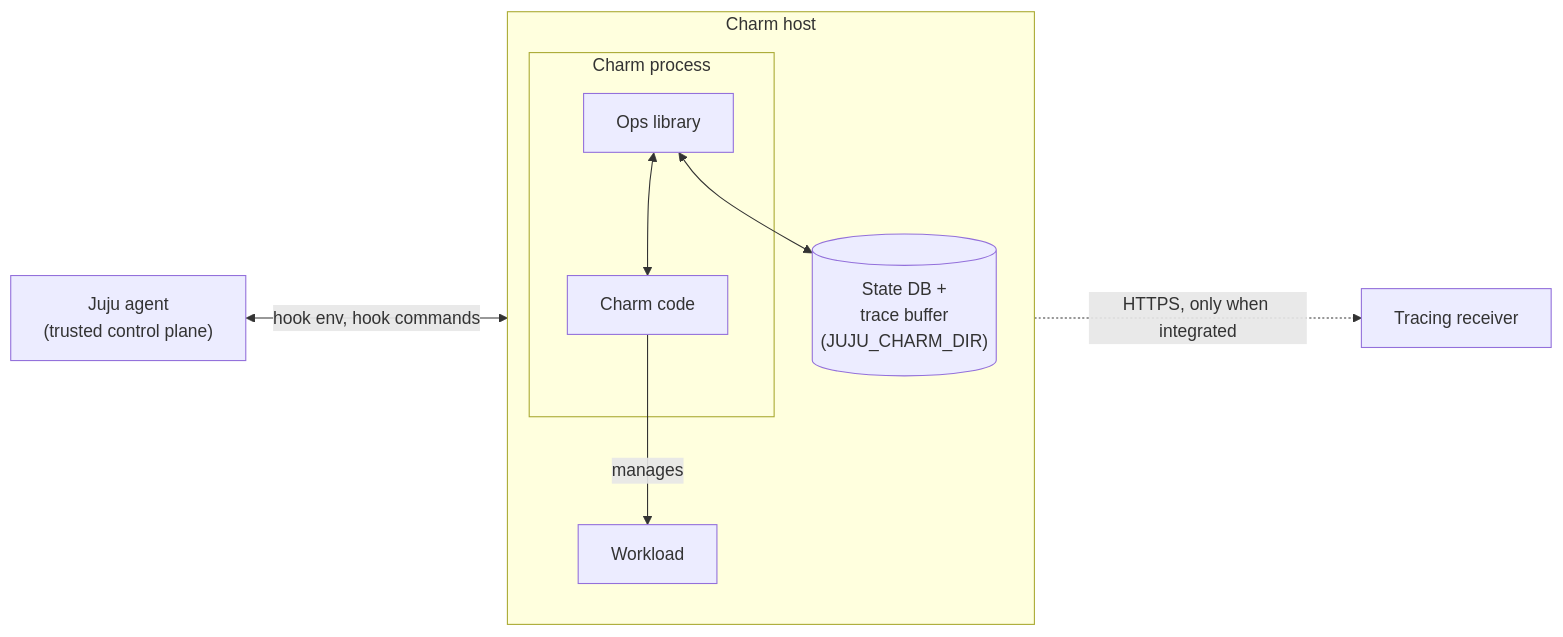
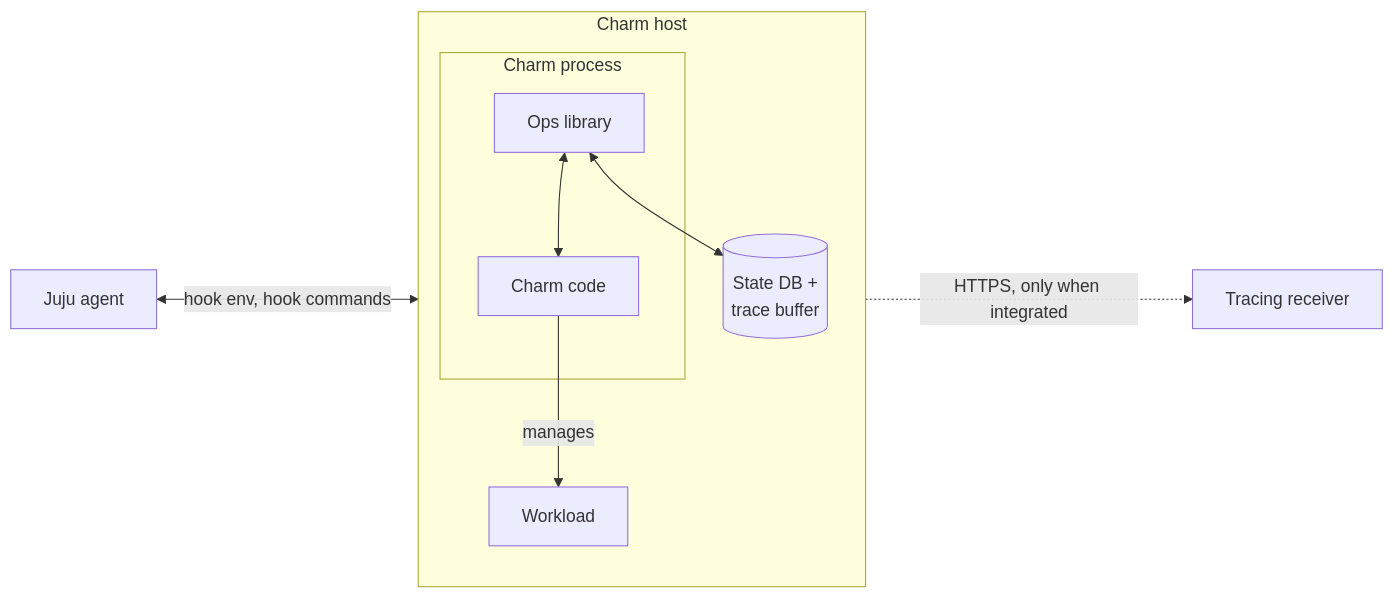
The diagram in docs/explanation/security.md (canonical/operator), drawn with Mermaid before and after one commit. The commit also changed other lines of this file and 1 other file, not shown here.

````diff
--- a/docs/explanation/security.md
+++ b/docs/explanation/security.md
@@ -18,20 +18,20 @@
 ```{mermaid}
 flowchart LR
-    Juju["Juju agent<br/>(trusted control plane)"]
+    Juju["Juju agent"]
     subgraph Host["Charm host"]
         direction TB
         subgraph Process["Charm process"]
             Ops["Ops library"]
             Charm["Charm code"]
         end
-        State[("State DB +<br/>trace buffer<br/>(JUJU_CHARM_DIR)")]
+        State[("State DB +<br/>trace buffer")]
         Workload["Workload"]
     end
     Receiver["Tracing receiver"]
 
     Juju <-->|"hook env, hook commands"| Ops
     Ops <--> Charm
     Charm -->|manages| Workload
     Ops <--> State
     Ops -..->|"HTTPS, only when integrated"| Receiver
 ```
````
